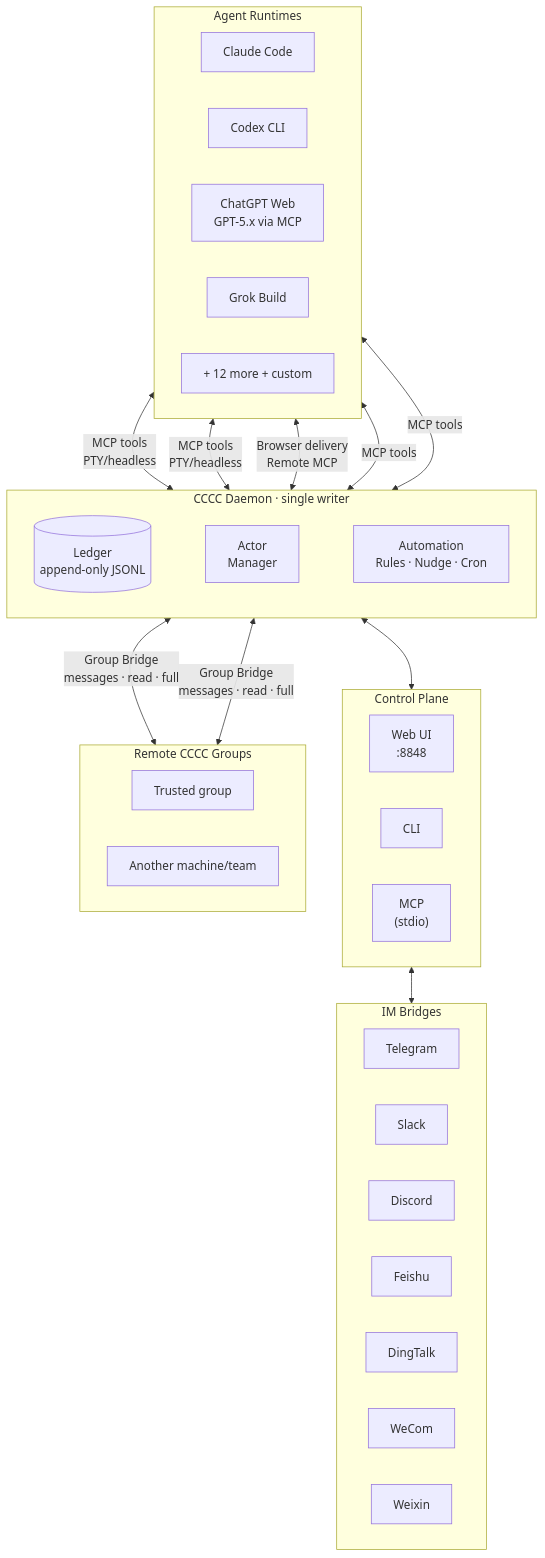
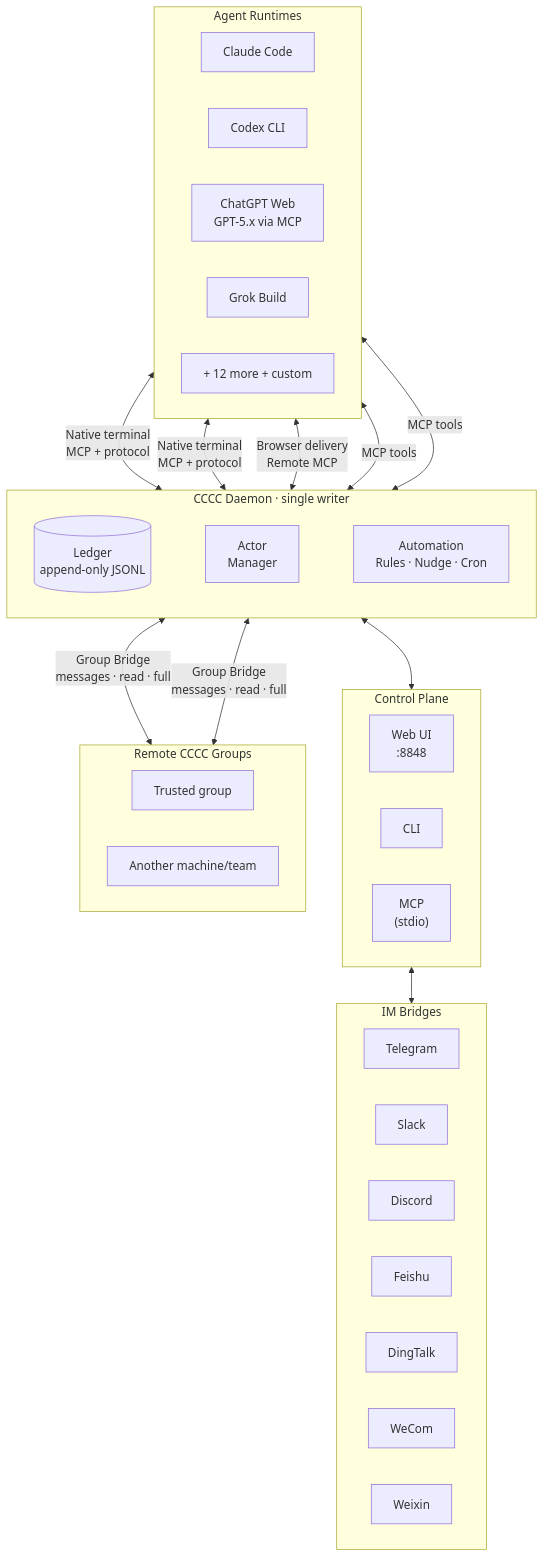
The diagram in README.md (ChesterRa/cccc), drawn with Mermaid before and after one commit. The commit also changed other lines of this file and 240 other files, not shown here.

````diff
--- a/README.md
+++ b/README.md
@@ -162,54 +162,54 @@
 ```mermaid
 graph TB
     subgraph Agents["Agent Runtimes"]
         direction LR
         A1["Claude Code"]
         A2["Codex CLI"]
         A3["ChatGPT Web<br/>GPT-5.x via MCP"]
         A4["Grok Build"]
         A5["+ 12 more + custom"]
     end
 
     subgraph Daemon["CCCC Daemon · single writer"]
         direction LR
         Ledger[("Ledger<br/>append-only JSONL")]
         ActorMgr["Actor<br/>Manager"]
         Auto["Automation<br/>Rules · Nudge · Cron"]
         Ledger ~~~ ActorMgr ~~~ Auto
     end
 
     subgraph Ports["Control Plane"]
         direction LR
         Web["Web UI<br/>:8848"]
         CLI["CLI"]
         MCP["MCP<br/>(stdio)"]
     end
 
     subgraph IM["IM Bridges"]
         direction LR
         TG["Telegram"]
         SL["Slack"]
         DC["Discord"]
         FS["Feishu"]
         DT["DingTalk"]
         WC["WeCom"]
         WX["Weixin"]
     end
 
     subgraph Remote["Remote CCCC Groups"]
         direction LR
         RG1["Trusted group"]
         RG2["Another machine/team"]
     end
 
-    A1 <-->|MCP tools<br/>PTY/headless| Daemon
-    A2 <-->|MCP tools<br/>PTY/headless| Daemon
+    A1 <-->|Native terminal<br/>MCP + protocol| Daemon
+    A2 <-->|Native terminal<br/>MCP + protocol| Daemon
     A3 <-->|Browser delivery<br/>Remote MCP| Daemon
     A4 <-->|MCP tools| Daemon
     A5 <-->|MCP tools| Daemon
     Daemon <--> Ports
     Web <--> IM
     Daemon <-->|Group Bridge<br/>messages · read · full| RG1
     Daemon <-->|Group Bridge<br/>messages · read · full| RG2
 
 ```
````
